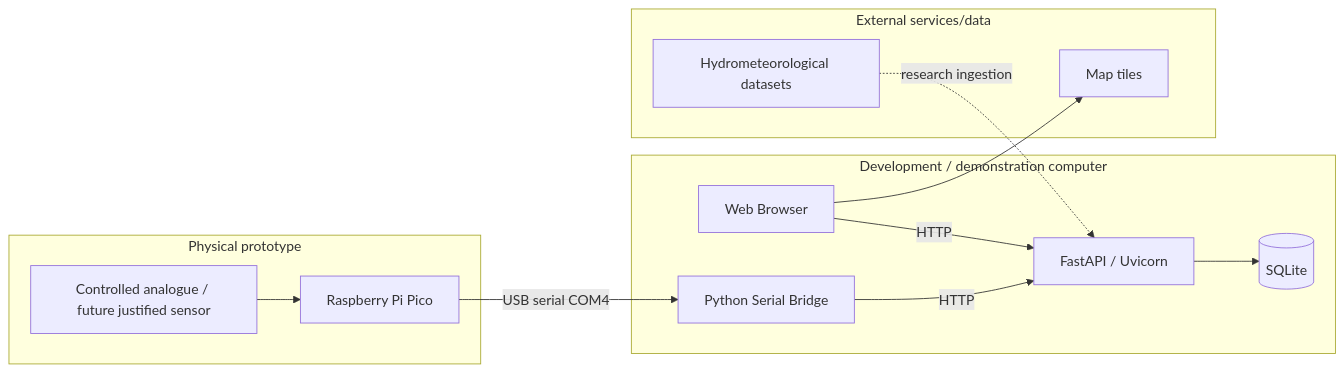
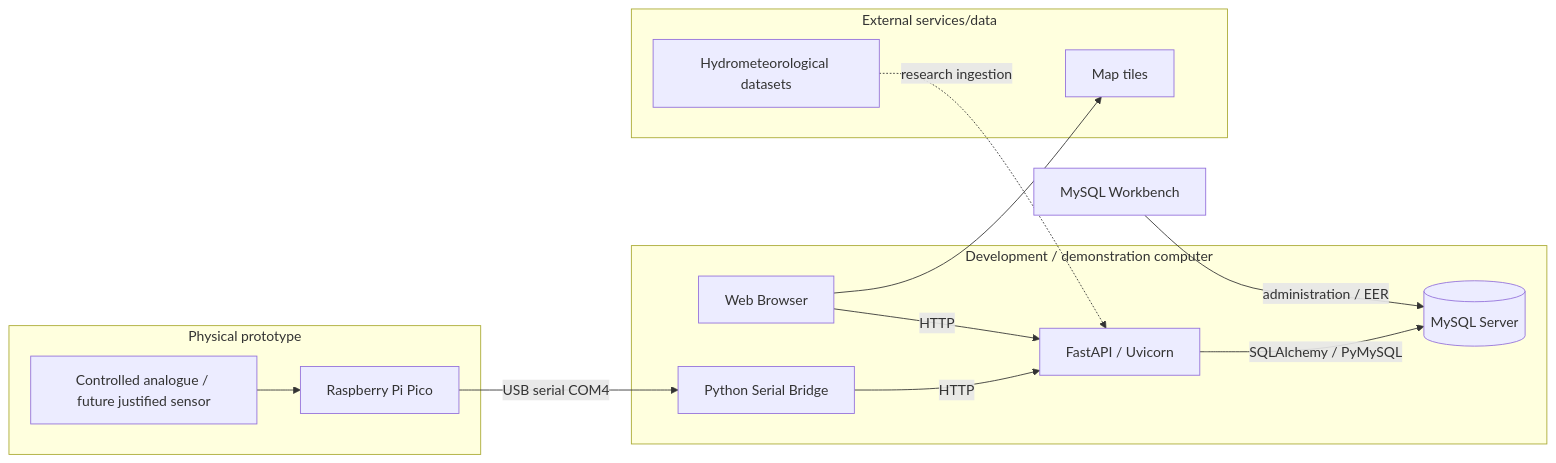
The ninth of 9 diagrams in files/docs/software_engineering_methodology_and_design.md (AjStyles20/flood-early-warning-system), drawn with Mermaid before and after one commit. The commit also changed other lines of this file, not shown here.

Commit message:
docs: integrate MySQL target and normalized database design into architecture

```diff
--- a/files/docs/software_engineering_methodology_and_design.md
+++ b/files/docs/software_engineering_methodology_and_design.md
@@ -286,22 +294,23 @@
 ~~~mermaid
 flowchart LR
     subgraph Device[Physical prototype]
       Input[Controlled analogue / future justified sensor] --> Pico[Raspberry Pi Pico]
     end
     subgraph Laptop[Development / demonstration computer]
       Bridge[Python Serial Bridge]
       API[FastAPI / Uvicorn]
-      DB[(SQLite)]
+      DB[(MySQL Server)]
       Browser[Web Browser]
       Pico -->|USB serial COM4| Bridge
       Bridge -->|HTTP| API
-      API --> DB
+      API -->|SQLAlchemy / PyMySQL| DB
       Browser -->|HTTP| API
     end
     subgraph External[External services/data]
       Tiles[Map tiles]
       Data[Hydrometeorological datasets]
     end
+    Workbench[MySQL Workbench] -->|administration / EER| DB
     Browser --> Tiles
     Data -. research ingestion .-> API
 ~~~
```
